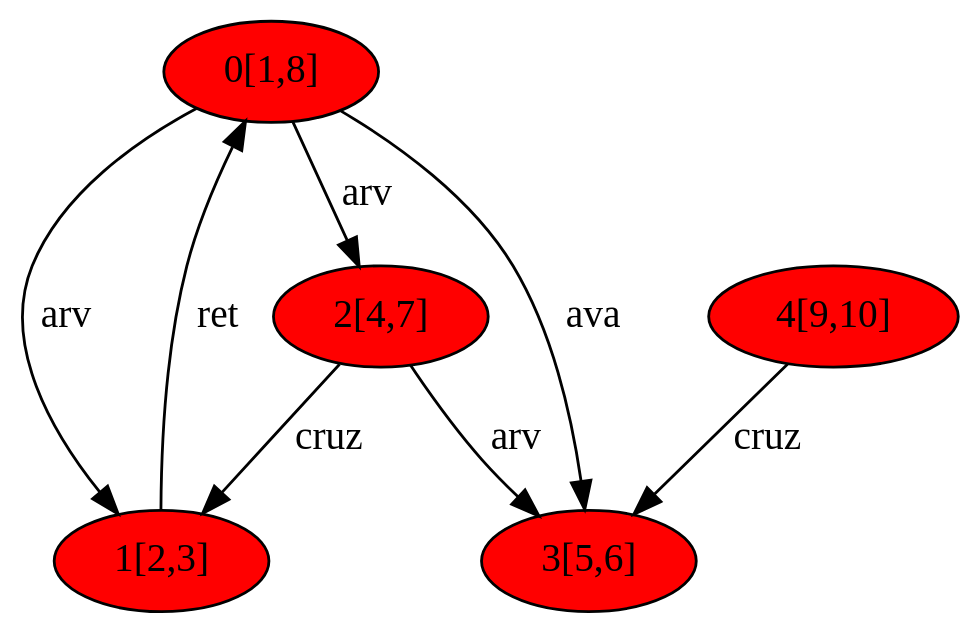
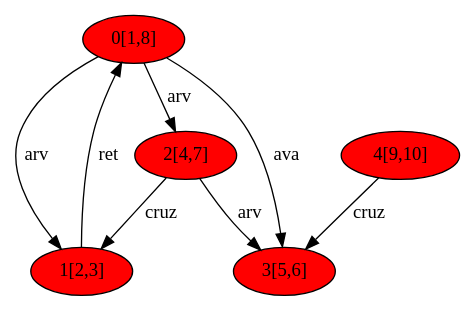
One commit to LucasGualtieri/CC-PUC changed the diagram in Grafos/EdgeClassification/graph.dot. Above: the diagram before and after it, drawn with Graphviz. The commit also changed 14 other files, not shown here.

```diff
--- a/Grafos/EdgeClassification/graph.dot
+++ b/Grafos/EdgeClassification/graph.dot
@@ -1,18 +1,17 @@
 digraph G {
-	size="10!";
 	//Nodes
-	0[label = "0[1,8]" fillcolor="red", style="filled"]
-	1[label = "1[2,3]" fillcolor="red", style="filled"]
-	2[label = "2[4,7]" fillcolor="red", style="filled"]
-	3[label = "3[5,6]" fillcolor="red", style="filled"]
-	4[label = "4[9,10]" fillcolor="red", style="filled"]
+	0[label = "0[1,8]" fillcolor="red", style="filled"];
+	1[label = "1[2,3]" fillcolor="red", style="filled"];
+	2[label = "2[4,7]" fillcolor="red", style="filled"];
+	3[label = "3[5,6]" fillcolor="red", style="filled"];
+	4[label = "4[9,10]" fillcolor="red", style="filled"];
 
 	//Edges
-	0 -> 1[label="arv"];
-	0 -> 2[label="arv"];
-	0 -> 3[label="ava"];
-	1 -> 0[label="ret"];
-	2 -> 1[label="cruz"];
-	2 -> 3[label="arv"];
-	4 -> 3[label="cruz"];
+	0 -> 1[label=arv];
+	0 -> 2[label=arv];
+	0 -> 3[label=ava];
+	1 -> 0[label=ret];
+	2 -> 1[label=cruz];
+	2 -> 3[label=arv];
+	4 -> 3[label=cruz];
 }
```
